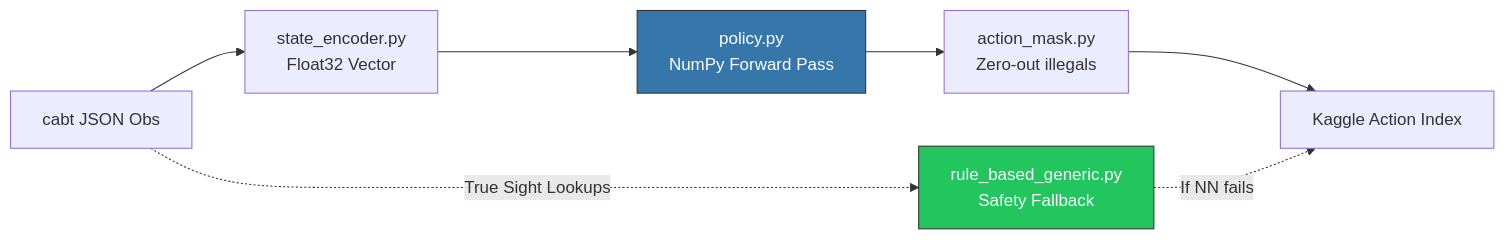
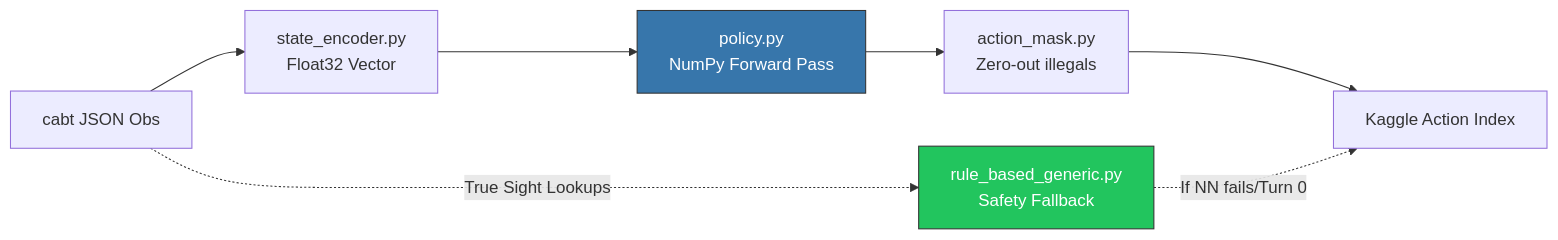
Before and after one commit to rahulsiiitm/ptcg-rl-agent: the second of 2 diagrams in README.md, drawn with Mermaid. The commit also changed other lines of this file, not shown here.

````diff
--- a/README.md
+++ b/README.md
@@ -191,14 +131,14 @@
 ```mermaid
 graph LR
     JSON[cabt JSON Obs] --> Encoder[state_encoder.py<br/>Float32 Vector]
     JSON -.->|True Sight Lookups| RBG[rule_based_generic.py<br/>Safety Fallback]
     
     Encoder --> Policy[policy.py<br/>NumPy Forward Pass]
     Policy --> Mask[action_mask.py<br/>Zero-out illegals]
     
     Mask --> Output[Kaggle Action Index]
-    RBG -.->|If NN fails| Output
+    RBG -.->|If NN fails/Turn 0| Output
     
     style Policy fill:#3776AB,stroke:#333,color:#fff
     style RBG fill:#22C55E,stroke:#333,color:#fff
 ```
````
